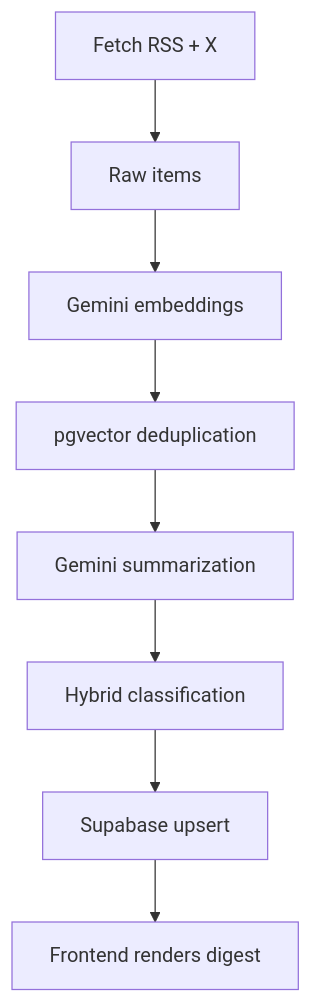
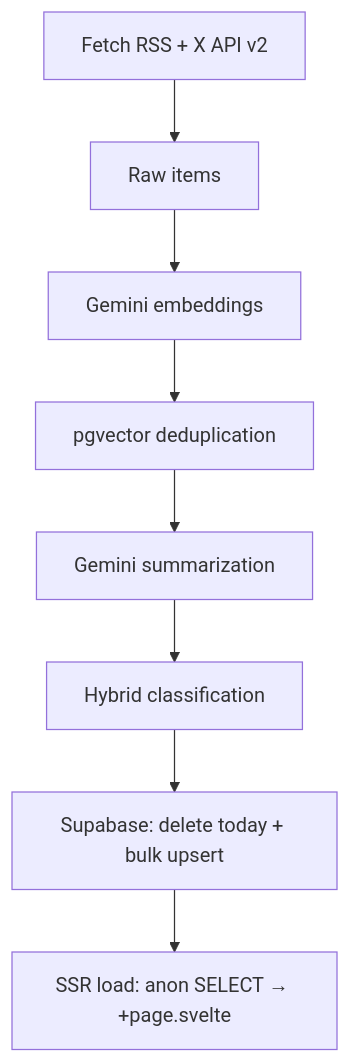
One commit to giorgi-pro/2min.today changed the diagram in docs/adr/0002-daily-digest-pipeline-architecture-and-implementation.md. Above: the diagram before and after it, drawn with Mermaid. The commit also changed other lines of this file and 5 other files, not shown here.

````diff
--- a/docs/adr/0002-daily-digest-pipeline-architecture-and-implementation.md
+++ b/docs/adr/0002-daily-digest-pipeline-architecture-and-implementation.md
@@ -27,10 +29,10 @@
 ```mermaid
 graph TD
-    A[Fetch RSS + X] --> B[Raw items]
+    A[Fetch RSS + X API v2] --> B[Raw items]
     B --> C[Gemini embeddings]
     C --> D[pgvector deduplication]
     D --> E[Gemini summarization]
     E --> F[Hybrid classification]
-    F --> G[Supabase upsert]
-    G --> H[Frontend renders digest]
+    F --> G[Supabase: delete today + bulk upsert]
+    G --> H[SSR load: anon SELECT → +page.svelte]
 ```
````
